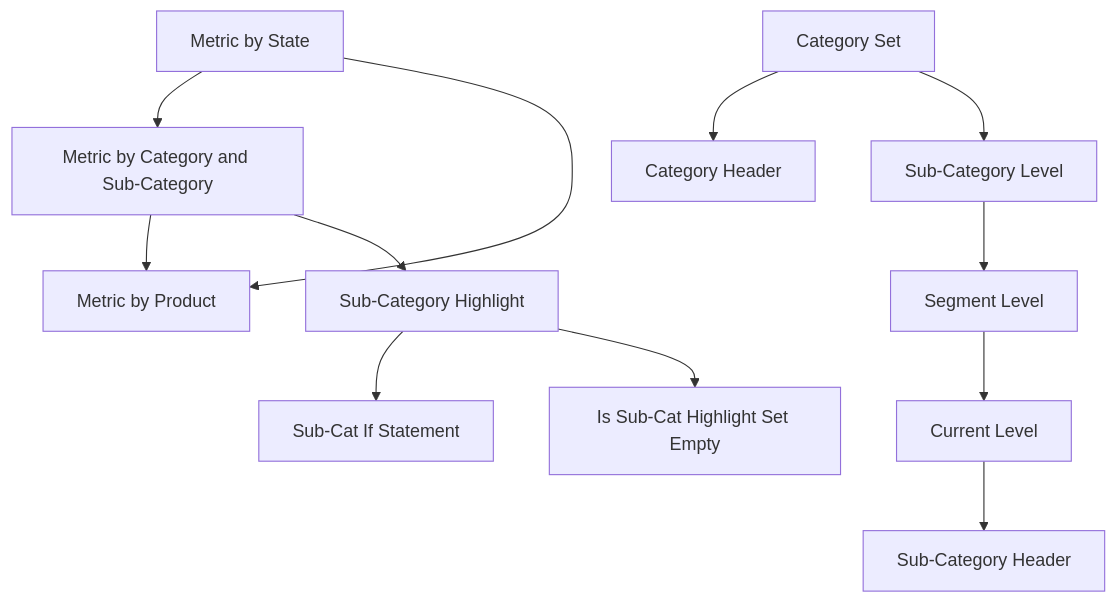
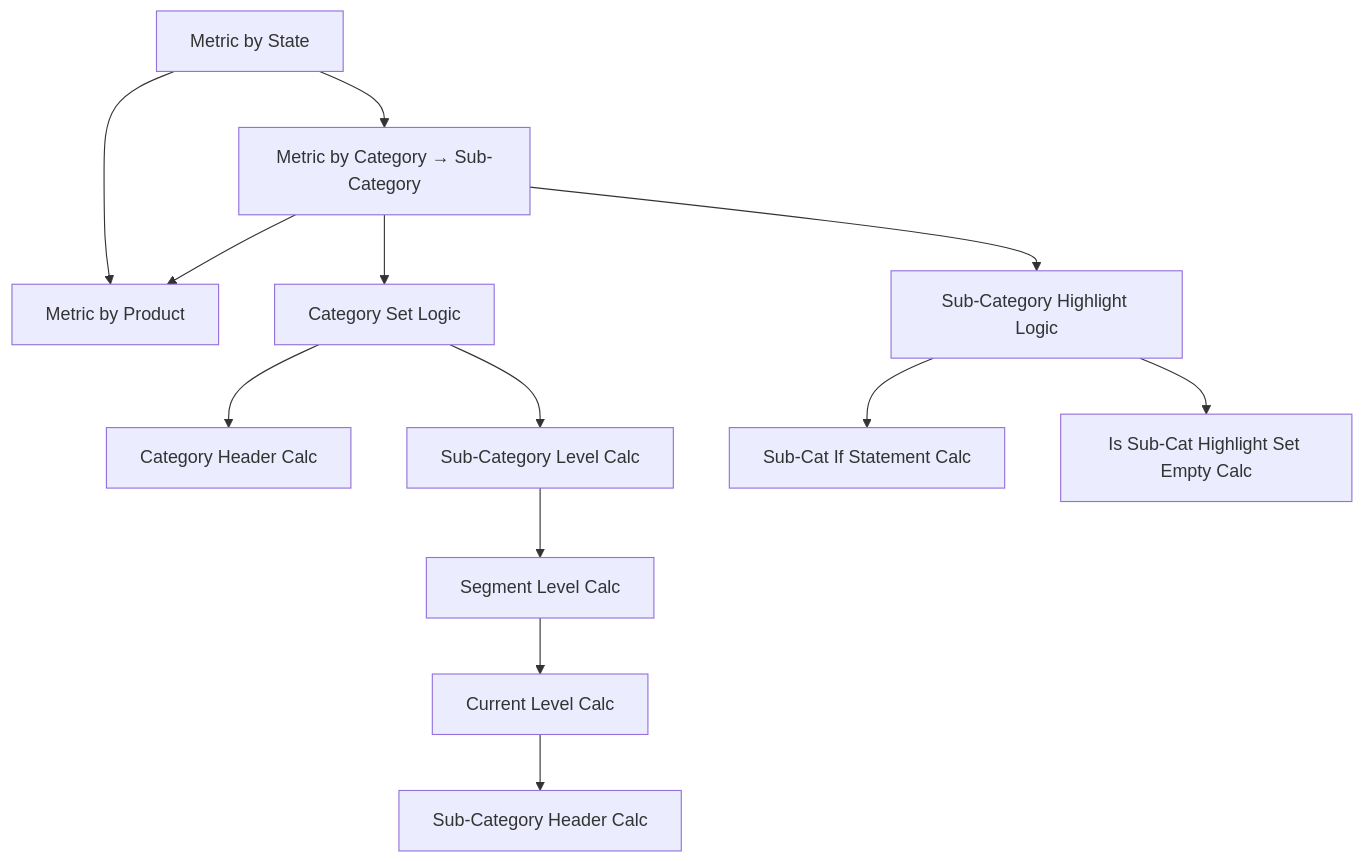
Before and after one commit to SamaFitz/dashboard-docs: the diagram in superstore-executive-overview.md, drawn with Mermaid.

````diff
--- a/superstore-executive-overview.md
+++ b/superstore-executive-overview.md
@@ -18,17 +18,20 @@
 ```mermaid
 graph TD
-    StateChart[Metric by State] --> CategoryChart[Metric by Category and Sub-Category]
+    StateChart[Metric by State] --> CategoryChart[Metric by Category → Sub-Category]
     StateChart --> ProductChart[Metric by Product]
 
     CategoryChart --> ProductChart
 
-    CategorySet[Category Set] --> CategoryHeader[Category Header]
-    CategorySet --> SubCategoryLevel[Sub-Category Level]
-    SubCategoryLevel --> SegmentLevel[Segment Level]
-    SegmentLevel --> CurrentLevel[Current Level]
-    CurrentLevel --> SubCategoryHeader[Sub-Category Header]
+    %% Drilldown logic INSIDE the Metric by Category chart
+    CategoryChart --> CategorySet[Category Set Logic]
+    CategorySet --> CategoryHeader[Category Header Calc]
+    CategorySet --> SubCategoryLevel[Sub-Category Level Calc]
+    SubCategoryLevel --> SegmentLevel[Segment Level Calc]
+    SegmentLevel --> CurrentLevel[Current Level Calc]
+    CurrentLevel --> SubCategoryHeader[Sub-Category Header Calc]
 
-    CategoryChart --> SubCatHighlight[Sub-Category Highlight]
-    SubCatHighlight --> SubCatIfStatement[Sub-Cat If Statement]
-    SubCatHighlight --> IsSubCatEmpty[Is Sub-Cat Highlight Set Empty]
+    %% Highlight logic feeding into product chart
+    CategoryChart --> SubCatHighlight[Sub-Category Highlight Logic]
+    SubCatHighlight --> SubCatIfStatement[Sub-Cat If Statement Calc]
+    SubCatHighlight --> IsSubCatEmpty[Is Sub-Cat Highlight Set Empty Calc]
 ```
````
